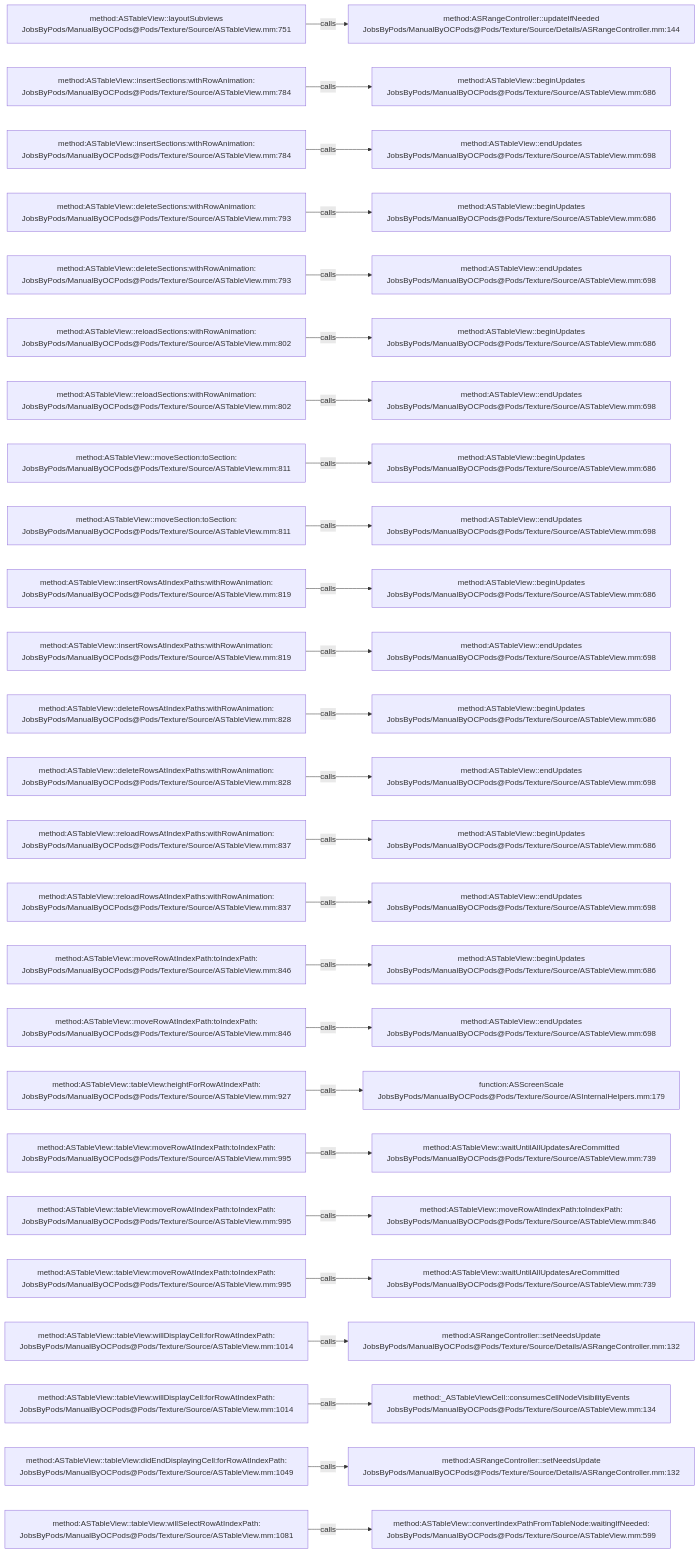
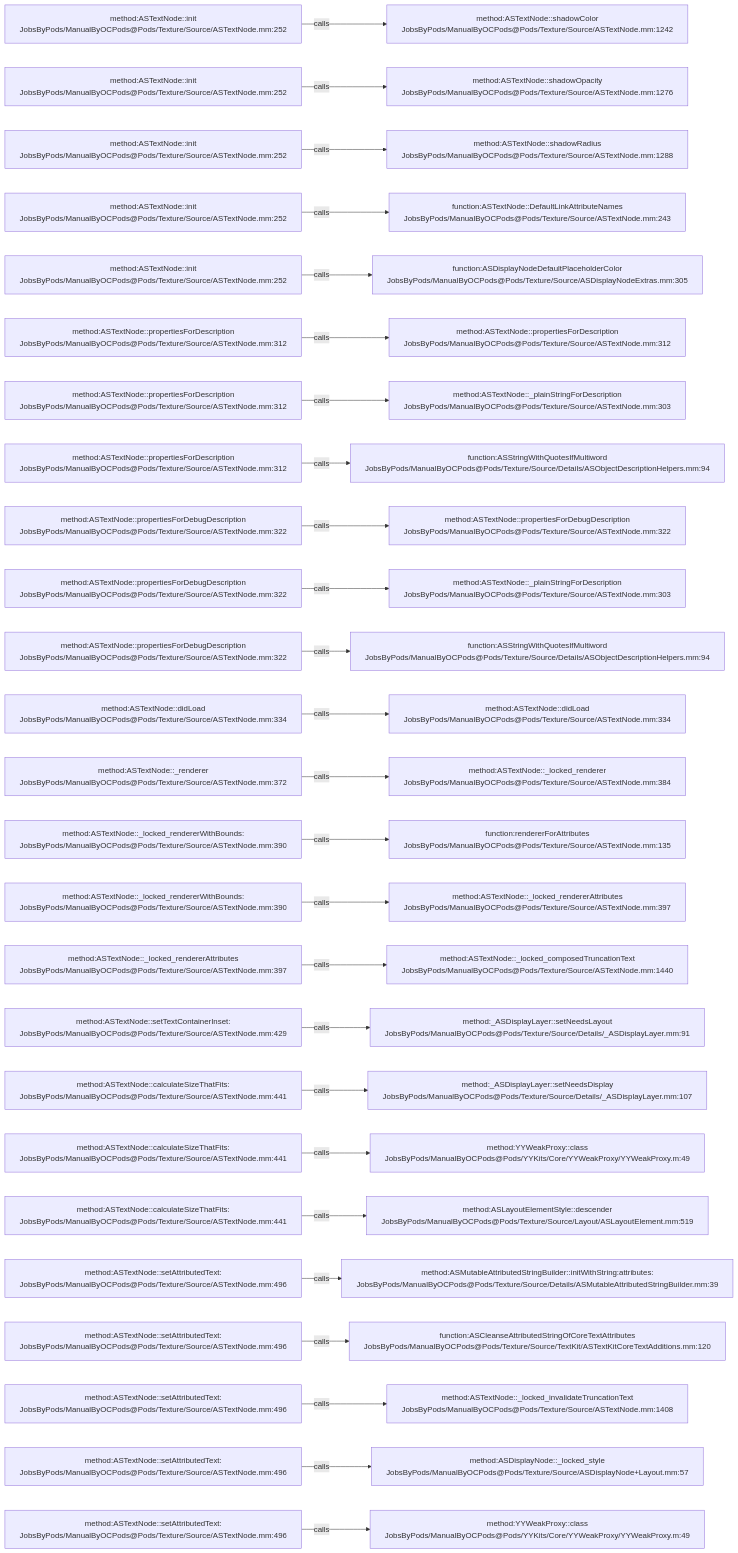
One commit to JobsKits/JobsOCBaseConfigDemo changed the diagram in .codegraph/codegraph.md/graphs/calls-126.md. Above: the diagram before and after it, drawn with Mermaid. The commit also changed 1448 other files, not shown here.

````diff
--- a/.codegraph/codegraph.md/graphs/calls-126.md
+++ b/.codegraph/codegraph.md/graphs/calls-126.md
@@ -13,78 +13,78 @@
 ```mermaid
 flowchart LR
-  S1["method:ASTableView::layoutSubviews<br/>JobsByPods/ManualByOCPods@Pods/Texture/Source/ASTableView.mm:751"]
-  T1["method:ASRangeController::updateIfNeeded<br/>JobsByPods/ManualByOCPods@Pods/Texture/Source/Details/ASRangeController.mm:144"]
+  S1["method:ASTextNode::init<br/>JobsByPods/ManualByOCPods@Pods/Texture/Source/ASTextNode.mm:252"]
+  T1["method:ASTextNode::shadowColor<br/>JobsByPods/ManualByOCPods@Pods/Texture/Source/ASTextNode.mm:1242"]
   S1 -->|calls| T1
-  S2["method:ASTableView::insertSections:withRowAnimation:<br/>JobsByPods/ManualByOCPods@Pods/Texture/Source/ASTableView.mm:784"]
-  T2["method:ASTableView::beginUpdates<br/>JobsByPods/ManualByOCPods@Pods/Texture/Source/ASTableView.mm:686"]
+  S2["method:ASTextNode::init<br/>JobsByPods/ManualByOCPods@Pods/Texture/Source/ASTextNode.mm:252"]
+  T2["method:ASTextNode::shadowOpacity<br/>JobsByPods/ManualByOCPods@Pods/Texture/Source/ASTextNode.mm:1276"]
   S2 -->|calls| T2
-  S3["method:ASTableView::insertSections:withRowAnimation:<br/>JobsByPods/ManualByOCPods@Pods/Texture/Source/ASTableView.mm:784"]
-  T3["method:ASTableView::endUpdates<br/>JobsByPods/ManualByOCPods@Pods/Texture/Source/ASTableView.mm:698"]
+  S3["method:ASTextNode::init<br/>JobsByPods/ManualByOCPods@Pods/Texture/Source/ASTextNode.mm:252"]
+  T3["method:ASTextNode::shadowRadius<br/>JobsByPods/ManualByOCPods@Pods/Texture/Source/ASTextNode.mm:1288"]
   S3 -->|calls| T3
-  S4["method:ASTableView::deleteSections:withRowAnimation:<br/>JobsByPods/ManualByOCPods@Pods/Texture/Source/ASTableView.mm:793"]
-  T4["method:ASTableView::beginUpdates<br/>JobsByPods/ManualByOCPods@Pods/Texture/Source/ASTableView.mm:686"]
+  S4["method:ASTextNode::init<br/>JobsByPods/ManualByOCPods@Pods/Texture/Source/ASTextNode.mm:252"]
+  T4["function:ASTextNode::DefaultLinkAttributeNames<br/>JobsByPods/ManualByOCPods@Pods/Texture/Source/ASTextNode.mm:243"]
   S4 -->|calls| T4
-  S5["method:ASTableView::deleteSections:withRowAnimation:<br/>JobsByPods/ManualByOCPods@Pods/Texture/Source/ASTableView.mm:793"]
-  T5["method:ASTableView::endUpdates<br/>JobsByPods/ManualByOCPods@Pods/Texture/Source/ASTableView.mm:698"]
+  S5["method:ASTextNode::init<br/>JobsByPods/ManualByOCPods@Pods/Texture/Source/ASTextNode.mm:252"]
+  T5["function:ASDisplayNodeDefaultPlaceholderColor<br/>JobsByPods/ManualByOCPods@Pods/Texture/Source/ASDisplayNodeExtras.mm:305"]
   S5 -->|calls| T5
-  S6["method:ASTableView::reloadSections:withRowAnimation:<br/>JobsByPods/ManualByOCPods@Pods/Texture/Source/ASTableView.mm:802"]
-  T6["method:ASTableView::beginUpdates<br/>JobsByPods/ManualByOCPods@Pods/Texture/Source/ASTableView.mm:686"]
+  S6["method:ASTextNode::propertiesForDescription<br/>JobsByPods/ManualByOCPods@Pods/Texture/Source/ASTextNode.mm:312"]
+  T6["method:ASTextNode::propertiesForDescription<br/>JobsByPods/ManualByOCPods@Pods/Texture/Source/ASTextNode.mm:312"]
   S6 -->|calls| T6
-  S7["method:ASTableView::reloadSections:withRowAnimation:<br/>JobsByPods/ManualByOCPods@Pods/Texture/Source/ASTableView.mm:802"]
-  T7["method:ASTableView::endUpdates<br/>JobsByPods/ManualByOCPods@Pods/Texture/Source/ASTableView.mm:698"]
+  S7["method:ASTextNode::propertiesForDescription<br/>JobsByPods/ManualByOCPods@Pods/Texture/Source/ASTextNode.mm:312"]
+  T7["method:ASTextNode::_plainStringForDescription<br/>JobsByPods/ManualByOCPods@Pods/Texture/Source/ASTextNode.mm:303"]
   S7 -->|calls| T7
-  S8["method:ASTableView::moveSection:toSection:<br/>JobsByPods/ManualByOCPods@Pods/Texture/Source/ASTableView.mm:811"]
-  T8["method:ASTableView::beginUpdates<br/>JobsByPods/ManualByOCPods@Pods/Texture/Source/ASTableView.mm:686"]
+  S8["method:ASTextNode::propertiesForDescription<br/>JobsByPods/ManualByOCPods@Pods/Texture/Source/ASTextNode.mm:312"]
+  T8["function:ASStringWithQuotesIfMultiword<br/>JobsByPods/ManualByOCPods@Pods/Texture/Source/Details/ASObjectDescriptionHelpers.mm:94"]
   S8 -->|calls| T8
-  S9["method:ASTableView::moveSection:toSection:<br/>JobsByPods/ManualByOCPods@Pods/Texture/Source/ASTableView.mm:811"]
-  T9["method:ASTableView::endUpdates<br/>JobsByPods/ManualByOCPods@Pods/Texture/Source/ASTableView.mm:698"]
+  S9["method:ASTextNode::propertiesForDebugDescription<br/>JobsByPods/ManualByOCPods@Pods/Texture/Source/ASTextNode.mm:322"]
+  T9["method:ASTextNode::propertiesForDebugDescription<br/>JobsByPods/ManualByOCPods@Pods/Texture/Source/ASTextNode.mm:322"]
   S9 -->|calls| T9
-  S10["method:ASTableView::insertRowsAtIndexPaths:withRowAnimation:<br/>JobsByPods/ManualByOCPods@Pods/Texture/Source/ASTableView.mm:819"]
-  T10["method:ASTableView::beginUpdates<br/>JobsByPods/ManualByOCPods@Pods/Texture/Source/ASTableView.mm:686"]
+  S10["method:ASTextNode::propertiesForDebugDescription<br/>JobsByPods/ManualByOCPods@Pods/Texture/Source/ASTextNode.mm:322"]
+  T10["method:ASTextNode::_plainStringForDescription<br/>JobsByPods/ManualByOCPods@Pods/Texture/Source/ASTextNode.mm:303"]
   S10 -->|calls| T10
-  S11["method:ASTableView::insertRowsAtIndexPaths:withRowAnimation:<br/>JobsByPods/ManualByOCPods@Pods/Texture/Source/ASTableView.mm:819"]
-  T11["method:ASTableView::endUpdates<br/>JobsByPods/ManualByOCPods@Pods/Texture/Source/ASTableView.mm:698"]
+  S11["method:ASTextNode::propertiesForDebugDescription<br/>JobsByPods/ManualByOCPods@Pods/Texture/Source/ASTextNode.mm:322"]
+  T11["function:ASStringWithQuotesIfMultiword<br/>JobsByPods/ManualByOCPods@Pods/Texture/Source/Details/ASObjectDescriptionHelpers.mm:94"]
   S11 -->|calls| T11
-  S12["method:ASTableView::deleteRowsAtIndexPaths:withRowAnimation:<br/>JobsByPods/ManualByOCPods@Pods/Texture/Source/ASTableView.mm:828"]
-  T12["method:ASTableView::beginUpdates<br/>JobsByPods/ManualByOCPods@Pods/Texture/Source/ASTableView.mm:686"]
+  S12["method:ASTextNode::didLoad<br/>JobsByPods/ManualByOCPods@Pods/Texture/Source/ASTextNode.mm:334"]
+  T12["method:ASTextNode::didLoad<br/>JobsByPods/ManualByOCPods@Pods/Texture/Source/ASTextNode.mm:334"]
   S12 -->|calls| T12
-  S13["method:ASTableView::deleteRowsAtIndexPaths:withRowAnimation:<br/>JobsByPods/ManualByOCPods@Pods/Texture/Source/ASTableView.mm:828"]
-  T13["method:ASTableView::endUpdates<br/>JobsByPods/ManualByOCPods@Pods/Texture/Source/ASTableView.mm:698"]
+  S13["method:ASTextNode::_renderer<br/>JobsByPods/ManualByOCPods@Pods/Texture/Source/ASTextNode.mm:372"]
+  T13["method:ASTextNode::_locked_renderer<br/>JobsByPods/ManualByOCPods@Pods/Texture/Source/ASTextNode.mm:384"]
   S13 -->|calls| T13
-  S14["method:ASTableView::reloadRowsAtIndexPaths:withRowAnimation:<br/>JobsByPods/ManualByOCPods@Pods/Texture/Source/ASTableView.mm:837"]
-  T14["method:ASTableView::beginUpdates<br/>JobsByPods/ManualByOCPods@Pods/Texture/Source/ASTableView.mm:686"]
+  S14["method:ASTextNode::_locked_rendererWithBounds:<br/>JobsByPods/ManualByOCPods@Pods/Texture/Source/ASTextNode.mm:390"]
+  T14["function:rendererForAttributes<br/>JobsByPods/ManualByOCPods@Pods/Texture/Source/ASTextNode.mm:135"]
   S14 -->|calls| T14
-  S15["method:ASTableView::reloadRowsAtIndexPaths:withRowAnimation:<br/>JobsByPods/ManualByOCPods@Pods/Texture/Source/ASTableView.mm:837"]
-  T15["method:ASTableView::endUpdates<br/>JobsByPods/ManualByOCPods@Pods/Texture/Source/ASTableView.mm:698"]
+  S15["method:ASTextNode::_locked_rendererWithBounds:<br/>JobsByPods/ManualByOCPods@Pods/Texture/Source/ASTextNode.mm:390"]
+  T15["method:ASTextNode::_locked_rendererAttributes<br/>JobsByPods/ManualByOCPods@Pods/Texture/Source/ASTextNode.mm:397"]
   S15 -->|calls| T15
-  S16["method:ASTableView::moveRowAtIndexPath:toIndexPath:<br/>JobsByPods/ManualByOCPods@Pods/Texture/Source/ASTableView.mm:846"]
-  T16["method:ASTableView::beginUpdates<br/>JobsByPods/ManualByOCPods@Pods/Texture/Source/ASTableView.mm:686"]
+  S16["method:ASTextNode::_locked_rendererAttributes<br/>JobsByPods/ManualByOCPods@Pods/Texture/Source/ASTextNode.mm:397"]
+  T16["method:ASTextNode::_locked_composedTruncationText<br/>JobsByPods/ManualByOCPods@Pods/Texture/Source/ASTextNode.mm:1440"]
   S16 -->|calls| T16
-  S17["method:ASTableView::moveRowAtIndexPath:toIndexPath:<br/>JobsByPods/ManualByOCPods@Pods/Texture/Source/ASTableView.mm:846"]
-  T17["method:ASTableView::endUpdates<br/>JobsByPods/ManualByOCPods@Pods/Texture/Source/ASTableView.mm:698"]
+  S17["method:ASTextNode::setTextContainerInset:<br/>JobsByPods/ManualByOCPods@Pods/Texture/Source/ASTextNode.mm:429"]
+  T17["method:_ASDisplayLayer::setNeedsLayout<br/>JobsByPods/ManualByOCPods@Pods/Texture/Source/Details/_ASDisplayLayer.mm:91"]
   S17 -->|calls| T17
-  S18["method:ASTableView::tableView:heightForRowAtIndexPath:<br/>JobsByPods/ManualByOCPods@Pods/Texture/Source/ASTableView.mm:927"]
-  T18["function:ASScreenScale<br/>JobsByPods/ManualByOCPods@Pods/Texture/Source/ASInternalHelpers.mm:179"]
+  S18["method:ASTextNode::calculateSizeThatFits:<br/>JobsByPods/ManualByOCPods@Pods/Texture/Source/ASTextNode.mm:441"]
+  T18["method:_ASDisplayLayer::setNeedsDisplay<br/>JobsByPods/ManualByOCPods@Pods/Texture/Source/Details/_ASDisplayLayer.mm:107"]
   S18 -->|calls| T18
-  S19["method:ASTableView::tableView:moveRowAtIndexPath:toIndexPath:<br/>JobsByPods/ManualByOCPods@Pods/Texture/Source/ASTableView.mm:995"]
-  T19["method:ASTableView::waitUntilAllUpdatesAreCommitted<br/>JobsByPods/ManualByOCPods@Pods/Texture/Source/ASTableView.mm:739"]
+  S19["method:ASTextNode::calculateSizeThatFits:<br/>JobsByPods/ManualByOCPods@Pods/Texture/Source/ASTextNode.mm:441"]
+  T19["method:YYWeakProxy::class<br/>JobsByPods/ManualByOCPods@Pods/YYKits/Core/YYWeakProxy/YYWeakProxy.m:49"]
   S19 -->|calls| T19
-  S20["method:ASTableView::tableView:moveRowAtIndexPath:toIndexPath:<br/>JobsByPods/ManualByOCPods@Pods/Texture/Source/ASTableView.mm:995"]
-  T20["method:ASTableView::moveRowAtIndexPath:toIndexPath:<br/>JobsByPods/ManualByOCPods@Pods/Texture/Source/ASTableView.mm:846"]
+  S20["method:ASTextNode::calculateSizeThatFits:<br/>JobsByPods/ManualByOCPods@Pods/Texture/Source/ASTextNode.mm:441"]
+  T20["method:ASLayoutElementStyle::descender<br/>JobsByPods/ManualByOCPods@Pods/Texture/Source/Layout/ASLayoutElement.mm:519"]
   S20 -->|calls| T20
-  S21["method:ASTableView::tableView:moveRowAtIndexPath:toIndexPath:<br/>JobsByPods/ManualByOCPods@Pods/Texture/Source/ASTableView.mm:995"]
-  T21["method:ASTableView::waitUntilAllUpdatesAreCommitted<br/>JobsByPods/ManualByOCPods@Pods/Texture/Source/ASTableView.mm:739"]
+  S21["method:ASTextNode::setAttributedText:<br/>JobsByPods/ManualByOCPods@Pods/Texture/Source/ASTextNode.mm:496"]
+  T21["method:ASMutableAttributedStringBuilder::initWithString:attributes:<br/>JobsByPods/ManualByOCPods@Pods/Texture/Source/Details/ASMutableAttributedStringBuilder.mm:39"]
   S21 -->|calls| T21
-  S22["method:ASTableView::tableView:willDisplayCell:forRowAtIndexPath:<br/>JobsByPods/ManualByOCPods@Pods/Texture/Source/ASTableView.mm:1014"]
-  T22["method:ASRangeController::setNeedsUpdate<br/>JobsByPods/ManualByOCPods@Pods/Texture/Source/Details/ASRangeController.mm:132"]
+  S22["method:ASTextNode::setAttributedText:<br/>JobsByPods/ManualByOCPods@Pods/Texture/Source/ASTextNode.mm:496"]
+  T22["function:ASCleanseAttributedStringOfCoreTextAttributes<br/>JobsByPods/ManualByOCPods@Pods/Texture/Source/TextKit/ASTextKitCoreTextAdditions.mm:120"]
   S22 -->|calls| T22
-  S23["method:ASTableView::tableView:willDisplayCell:forRowAtIndexPath:<br/>JobsByPods/ManualByOCPods@Pods/Texture/Source/ASTableView.mm:1014"]
-  T23["method:_ASTableViewCell::consumesCellNodeVisibilityEvents<br/>JobsByPods/ManualByOCPods@Pods/Texture/Source/ASTableView.mm:134"]
+  S23["method:ASTextNode::setAttributedText:<br/>JobsByPods/ManualByOCPods@Pods/Texture/Source/ASTextNode.mm:496"]
+  T23["method:ASTextNode::_locked_invalidateTruncationText<br/>JobsByPods/ManualByOCPods@Pods/Texture/Source/ASTextNode.mm:1408"]
   S23 -->|calls| T23
-  S24["method:ASTableView::tableView:didEndDisplayingCell:forRowAtIndexPath:<br/>JobsByPods/ManualByOCPods@Pods/Texture/Source/ASTableView.mm:1049"]
-  T24["method:ASRangeController::setNeedsUpdate<br/>JobsByPods/ManualByOCPods@Pods/Texture/Source/Details/ASRangeController.mm:132"]
+  S24["method:ASTextNode::setAttributedText:<br/>JobsByPods/ManualByOCPods@Pods/Texture/Source/ASTextNode.mm:496"]
+  T24["method:ASDisplayNode::_locked_style<br/>JobsByPods/ManualByOCPods@Pods/Texture/Source/ASDisplayNode+Layout.mm:57"]
   S24 -->|calls| T24
-  S25["method:ASTableView::tableView:willSelectRowAtIndexPath:<br/>JobsByPods/ManualByOCPods@Pods/Texture/Source/ASTableView.mm:1081"]
-  T25["method:ASTableView::convertIndexPathFromTableNode:waitingIfNeeded:<br/>JobsByPods/ManualByOCPods@Pods/Texture/Source/ASTableView.mm:599"]
+  S25["method:ASTextNode::setAttributedText:<br/>JobsByPods/ManualByOCPods@Pods/Texture/Source/ASTextNode.mm:496"]
+  T25["method:YYWeakProxy::class<br/>JobsByPods/ManualByOCPods@Pods/YYKits/Core/YYWeakProxy/YYWeakProxy.m:49"]
   S25 -->|calls| T25
 ```
````
